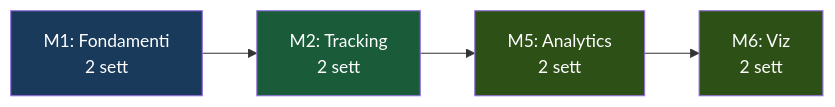
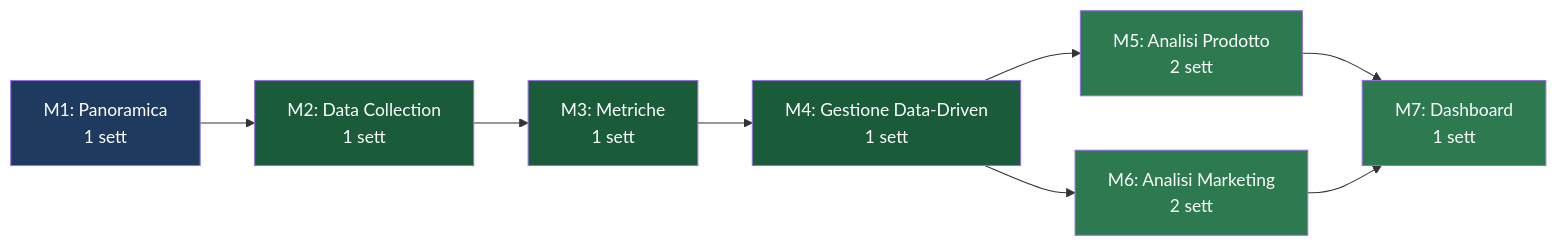
One commit to AndreyBertasini/gynnitech changed the second of 5 diagrams in src/content/corso/panoramica/mappe-concettuali.mdx. Above: the diagram before and after it, drawn with Mermaid. The commit also changed other lines of this file and 11 other files, not shown here.

````diff
--- a/src/content/corso/panoramica/mappe-concettuali.mdx
+++ b/src/content/corso/panoramica/mappe-concettuali.mdx
@@ -50,9 +173,17 @@
 ```mermaid
 graph LR
-    A["M1: Fondamenti<br>2 sett"] --> B["M2: Tracking<br>2 sett"]
-    --> C["M5: Analytics<br>2 sett"] --> D["M6: Viz<br>2 sett"]
-    style A fill:#1a3a5c,color:#ffffff
-    style B fill:#1a5c3a,color:#ffffff
-    style C fill:#2d5016,color:#ffffff
-    style D fill:#2d5016,color:#ffffff
+    A["M1: Panoramica\n1 sett"] --> B["M2: Data Collection\n1 sett"]
+    B --> C["M3: Metriche\n1 sett"]
+    C --> D["M4: Gestione Data-Driven\n1 sett"]
+    D --> E["M5: Analisi Prodotto\n2 sett"]
+    D --> F["M6: Analisi Marketing\n2 sett"]
+    E --> G["M7: Dashboard\n1 sett"]
+    F --> G
+    style A fill:#1e3a5f,color:#fff
+    style B fill:#1a5c3a,color:#fff
+    style C fill:#1a5c3a,color:#fff
+    style D fill:#1a5c3a,color:#fff
+    style E fill:#2d7a50,color:#fff
+    style F fill:#2d7a50,color:#fff
+    style G fill:#2d7a50,color:#fff
 ```
````
